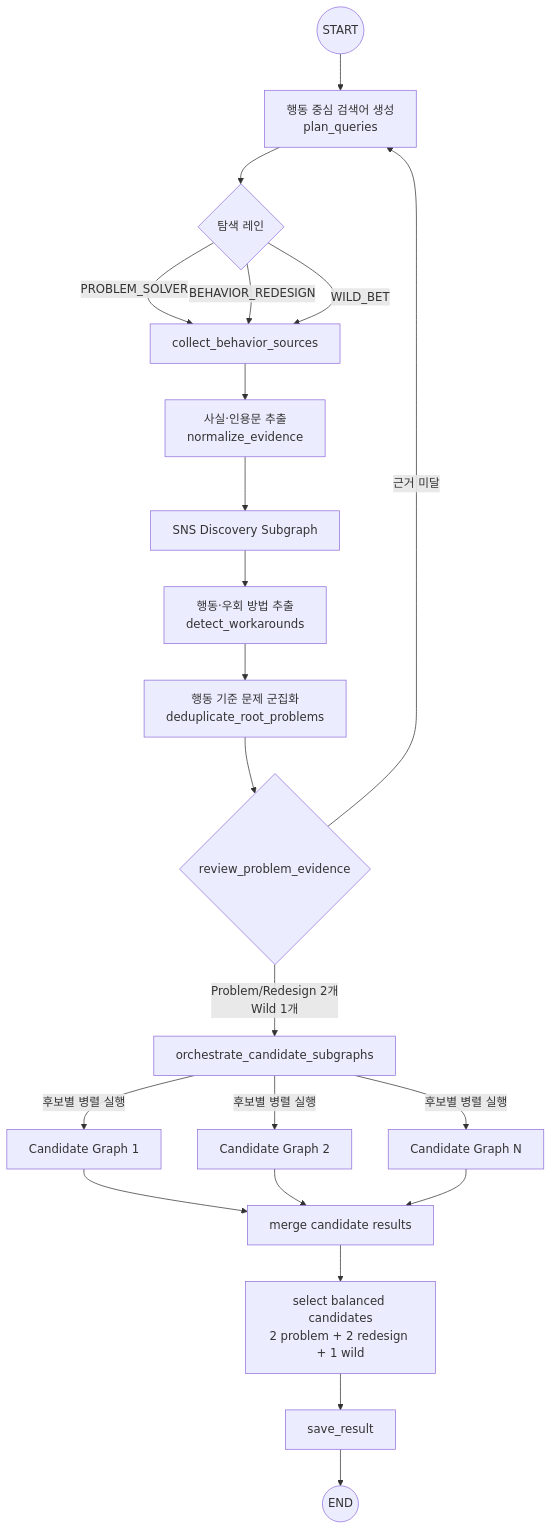
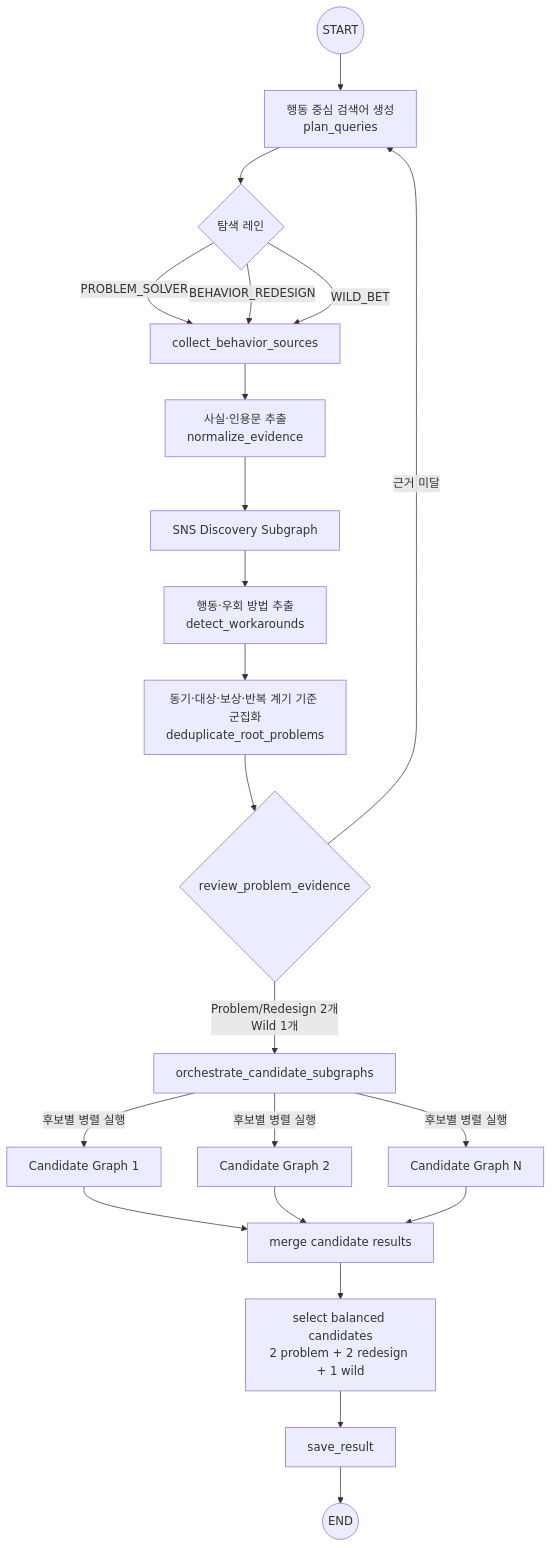
One commit to sungpyo9053/graph changed the first of 7 diagrams in docs/graph-design.md. Above: the diagram before and after it, drawn with Mermaid. The commit also changed 7 other files, not shown here.

````diff
--- a/docs/graph-design.md
+++ b/docs/graph-design.md
@@ -9,24 +9,24 @@
 ```mermaid
 flowchart TD
     S((START)) --> Q[행동 중심 검색어 생성<br/>plan_queries]
     Q --> L{탐색 레인}
     L -->|PROBLEM_SOLVER| C[collect_behavior_sources]
     L -->|BEHAVIOR_REDESIGN| C
     L -->|WILD_BET| C
     C --> N[사실·인용문 추출<br/>normalize_evidence]
     N --> SNS[SNS Discovery Subgraph]
     SNS --> W[행동·우회 방법 추출<br/>detect_workarounds]
-    W --> D[행동 기준 문제 군집화<br/>deduplicate_root_problems]
+    W --> D[동기·대상·보상·반복 계기 기준 군집화<br/>deduplicate_root_problems]
     D --> G{review_problem_evidence}
     G -->|근거 미달| Q
     G -->|Problem/Redesign 2개<br/>Wild 1개| O[orchestrate_candidate_subgraphs]
     O -->|후보별 병렬 실행| P1[Candidate Graph 1]
     O -->|후보별 병렬 실행| P2[Candidate Graph 2]
     O -->|후보별 병렬 실행| PN[Candidate Graph N]
     P1 --> M[merge candidate results]
     P2 --> M
     PN --> M
     M --> R[select balanced candidates<br/>2 problem + 2 redesign + 1 wild]
     R --> V[save_result]
     V --> E((END))
 ```
````
